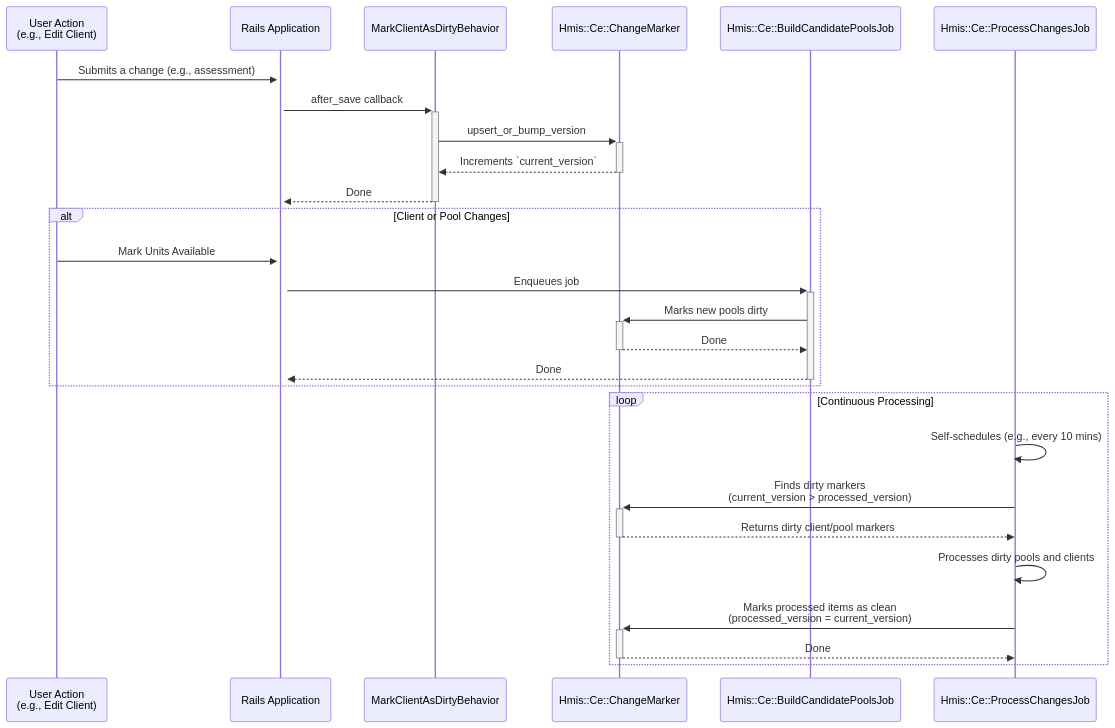
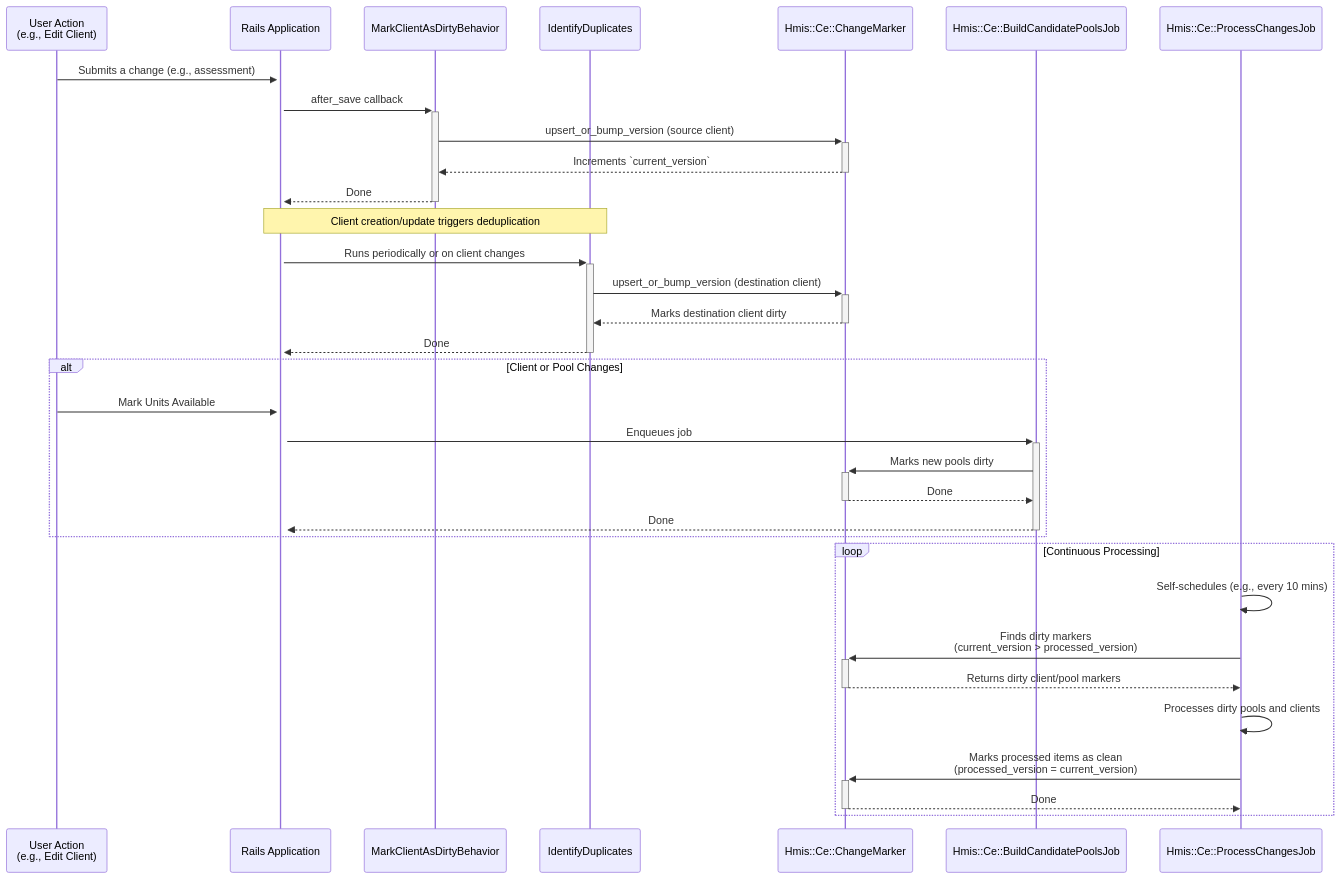
The diagram in drivers/hmis/app/models/hmis/ce/README_FOR_CHANGE_MARKER.md (greenriver/hmis-warehouse), drawn with Mermaid before and after one commit. The commit also changed other lines of this file and 3 other files, not shown here.

````diff
--- a/drivers/hmis/app/models/hmis/ce/README_FOR_CHANGE_MARKER.md
+++ b/drivers/hmis/app/models/hmis/ce/README_FOR_CHANGE_MARKER.md
@@ -22,32 +22,39 @@
 ```mermaid
 sequenceDiagram
     participant UserAction as User Action<br/>(e.g., Edit Client)
     participant RailsApp as Rails Application
     participant MarkClientAsDirtyBehavior as MarkClientAsDirtyBehavior
+    participant IdentifyDuplicates as IdentifyDuplicates
     participant ChangeMarker as Hmis::Ce::ChangeMarker
     participant BuildCandidatePoolsJob as Hmis::Ce::BuildCandidatePoolsJob
     participant ProcessChangesJob as Hmis::Ce::ProcessChangesJob
 
     UserAction->>+RailsApp: Submits a change (e.g., assessment)
     RailsApp->>+MarkClientAsDirtyBehavior: after_save callback
-    MarkClientAsDirtyBehavior->>+ChangeMarker: upsert_or_bump_version
+    MarkClientAsDirtyBehavior->>+ChangeMarker: upsert_or_bump_version (source client)
     ChangeMarker-->>-MarkClientAsDirtyBehavior: Increments `current_version`
     MarkClientAsDirtyBehavior-->>-RailsApp: Done
+
+    Note over RailsApp,IdentifyDuplicates: Client creation/update triggers deduplication
+    RailsApp->>+IdentifyDuplicates: Runs periodically or on client changes
+    IdentifyDuplicates->>+ChangeMarker: upsert_or_bump_version (destination client)
+    ChangeMarker-->>-IdentifyDuplicates: Marks destination client dirty
+    IdentifyDuplicates-->>-RailsApp: Done
 
     alt Client or Pool Changes
         UserAction->>+RailsApp: Mark Units Available
         RailsApp->>+BuildCandidatePoolsJob: Enqueues job
         BuildCandidatePoolsJob->>+ChangeMarker: Marks new pools dirty
         ChangeMarker-->>-BuildCandidatePoolsJob: Done
         BuildCandidatePoolsJob-->>-RailsApp: Done
     end
 
     loop Continuous Processing
         ProcessChangesJob->>ProcessChangesJob: Self-schedules (e.g., every 10 mins)
         ProcessChangesJob->>+ChangeMarker: Finds dirty markers <br/> (current_version > processed_version)
         ChangeMarker-->>-ProcessChangesJob: Returns dirty client/pool markers
         ProcessChangesJob->>ProcessChangesJob: Processes dirty pools and clients
         ProcessChangesJob->>+ChangeMarker: Marks processed items as clean <br/> (processed_version = current_version)
         ChangeMarker-->>-ProcessChangesJob: Done
     end
 ```
````
